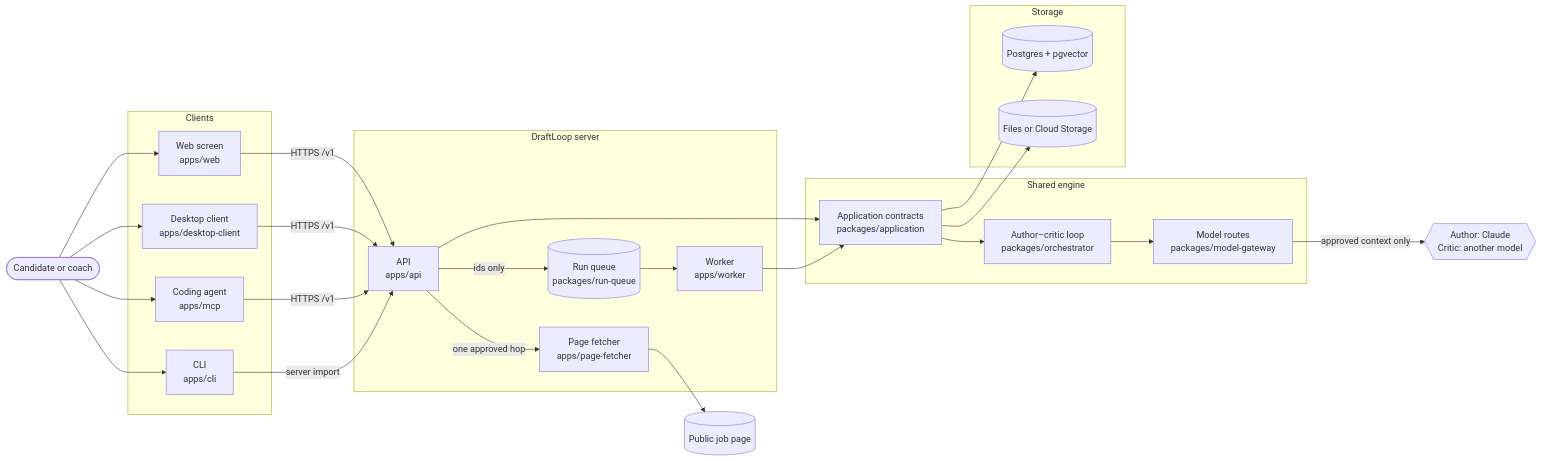
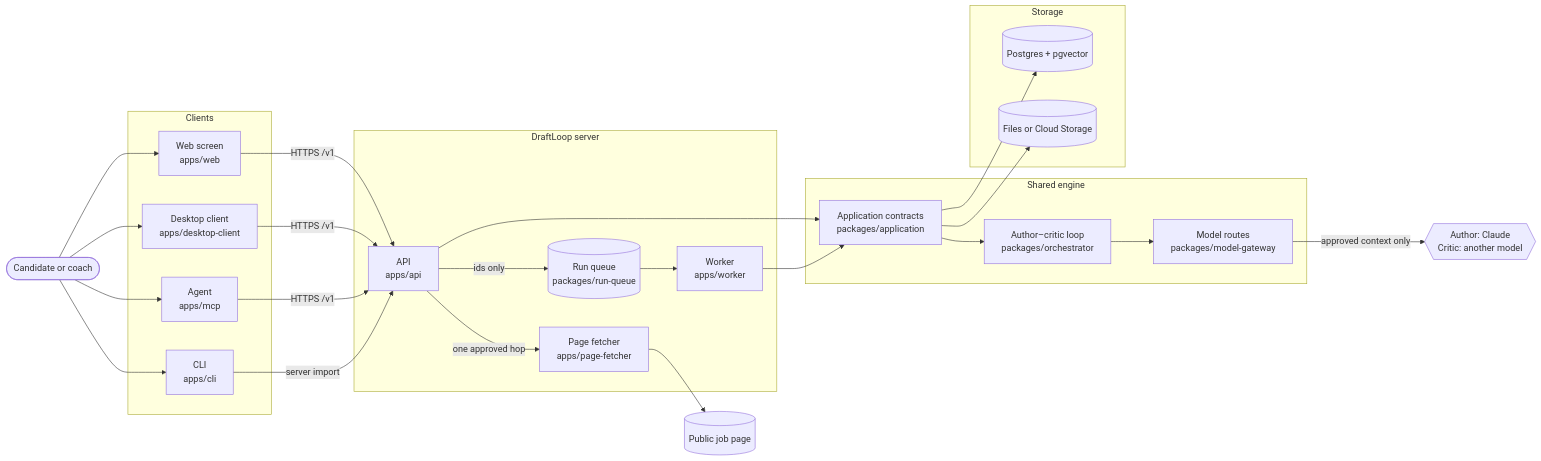
One commit to akoita/draft-loop changed the first of 5 diagrams in docs/architecture/overview.md. Above: the diagram before and after it, drawn with Mermaid. The commit also changed other lines of this file and 60 other files, not shown here.

First line of the commit message:
Say "agent" instead of "coding agent" across the app (#2466)

````diff
--- a/docs/architecture/overview.md
+++ b/docs/architecture/overview.md
@@ -47,46 +47,46 @@
 ```mermaid
 flowchart LR
   person([Candidate or coach])
 
   subgraph clients [Clients]
     web["Web screen<br/>apps/web"]
     desk["Desktop client<br/>apps/desktop-client"]
-    agent["Coding agent<br/>apps/mcp"]
+    agent["Agent<br/>apps/mcp"]
     cli["CLI<br/>apps/cli"]
   end
 
   subgraph server [DraftLoop server]
     api["API<br/>apps/api"]
     queue[("Run queue<br/>packages/run-queue")]
     worker["Worker<br/>apps/worker"]
     fetcher["Page fetcher<br/>apps/page-fetcher"]
   end
 
   subgraph engine [Shared engine]
     app["Application contracts<br/>packages/application"]
     orch["Author–critic loop<br/>packages/orchestrator"]
     gw["Model routes<br/>packages/model-gateway"]
   end
 
   subgraph data [Storage]
     pg[("Postgres + pgvector")]
     blobs[("Files or Cloud Storage")]
   end
 
   models{{"Author: Claude<br/>Critic: another model"}}
   jobpage[(Public job page)]
 
   person --> web & desk & agent & cli
   web & desk & agent -->|HTTPS /v1| api
   cli -->|server import| api
   api --> app
   api -->|ids only| queue
   queue --> worker
   worker --> app
   app --> orch
   orch --> gw
   gw -->|approved context only| models
   app --> pg & blobs
   api -->|one approved hop| fetcher
   fetcher --> jobpage
 ```
````
